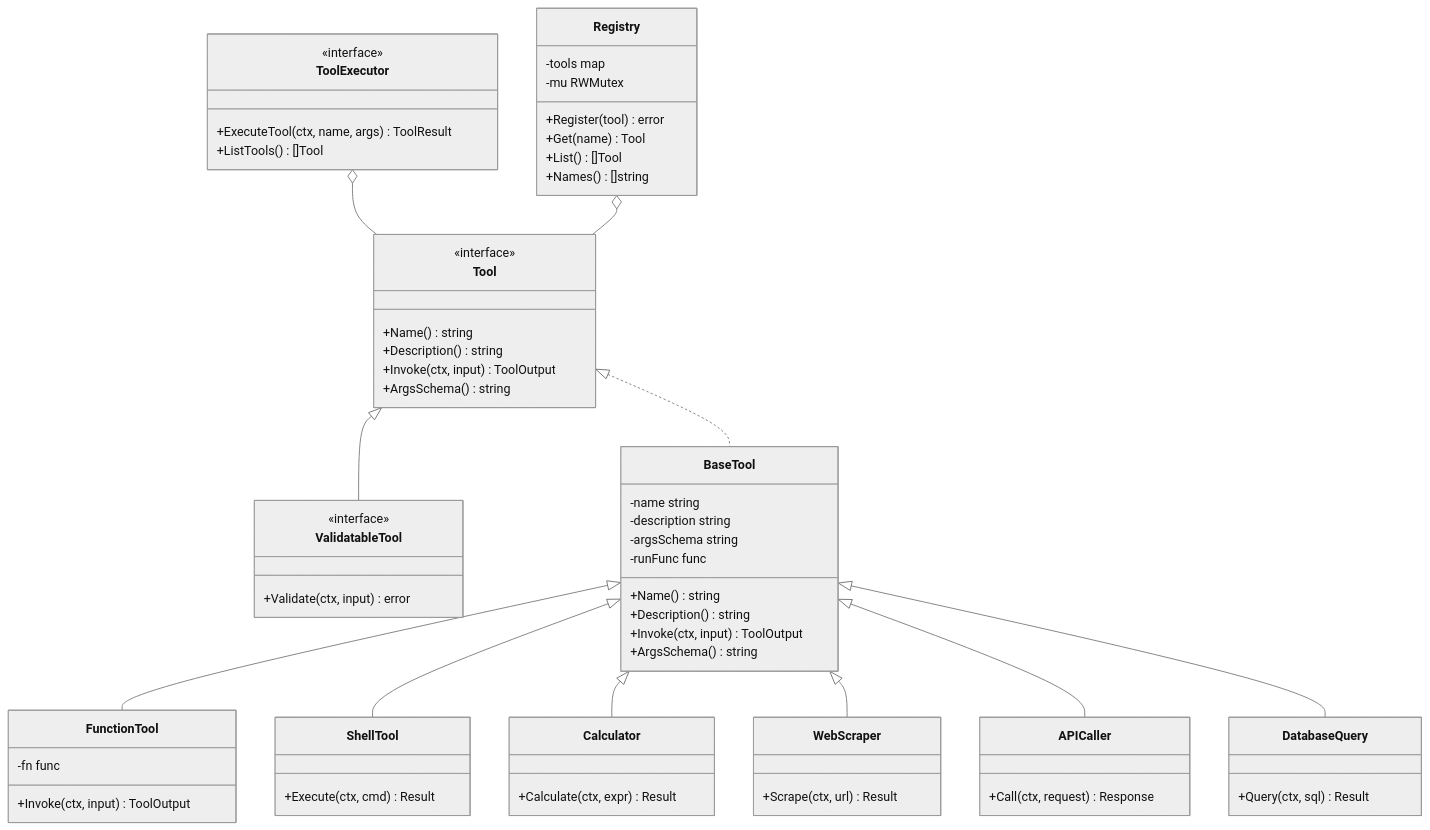
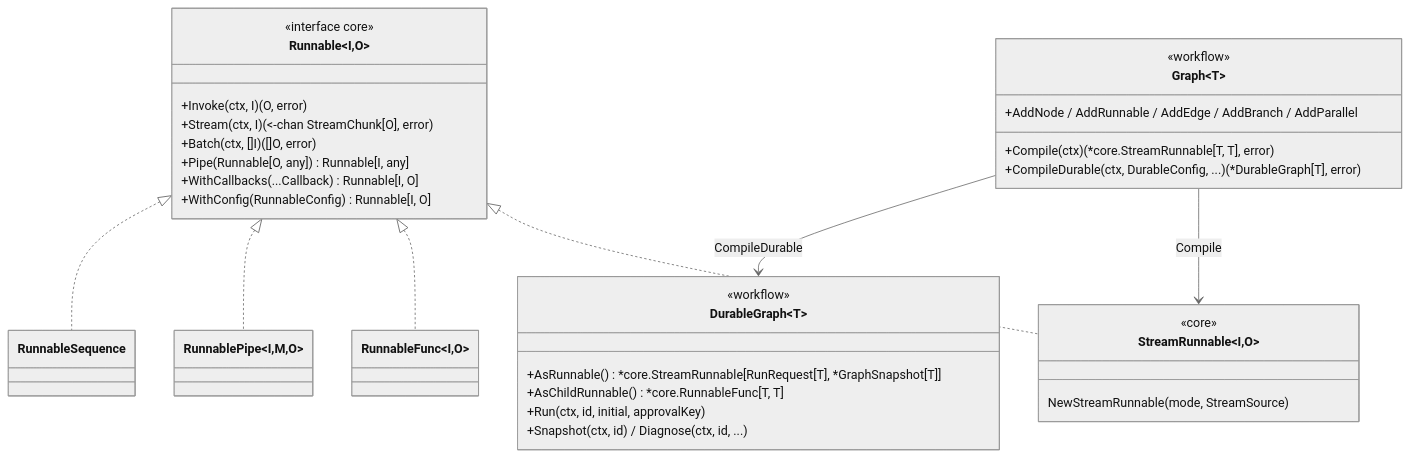
One commit to kart-io/goagent changed the second of 5 diagrams in docs/architecture/COMPONENT_DIAGRAM.md. Above: the diagram before and after it, drawn with Mermaid (neutral theme). The commit also changed other lines of this file and 87 other files, not shown here.

````diff
--- a/docs/architecture/COMPONENT_DIAGRAM.md
+++ b/docs/architecture/COMPONENT_DIAGRAM.md
@@ -256,77 +69,38 @@
 ```mermaid
 classDiagram
-    class Tool {
-        <<interface>>
-        +Name() string
-        +Description() string
-        +Invoke(ctx, input) ToolOutput
-        +ArgsSchema() string
+    class Runnable~I,O~ {
+        <<interface core>>
+        +Invoke(ctx, I) (O, error)
+        +Stream(ctx, I) (<-chan StreamChunk[O], error)
+        +Batch(ctx, []I) ([]O, error)
+        +Pipe(Runnable[O, any]) Runnable[I, any]
+        +WithCallbacks(...Callback) Runnable[I, O]
+        +WithConfig(RunnableConfig) Runnable[I, O]
     }
-
-    class ValidatableTool {
-        <<interface>>
-        +Validate(ctx, input) error
+    class StreamRunnable~I,O~ {
+        <<core>>
+        NewStreamRunnable(mode, StreamSource)
     }
-
-    class ToolExecutor {
-        <<interface>>
-        +ExecuteTool(ctx, name, args) ToolResult
-        +ListTools() []Tool
+    class RunnableFunc~I,O~
+    class RunnablePipe~I,M,O~
+    class RunnableSequence
+    class Graph~T~ {
+        <<workflow>>
+        +AddNode / AddRunnable / AddEdge / AddBranch / AddParallel
+        +Compile(ctx) (*core.StreamRunnable[T, T], error)
+        +CompileDurable(ctx, DurableConfig, ...) (*DurableGraph[T], error)
     }
-
-    class BaseTool {
-        -name string
-        -description string
-        -argsSchema string
-        -runFunc func
-        +Name() string
-        +Description() string
-        +Invoke(ctx, input) ToolOutput
-        +ArgsSchema() string
+    class DurableGraph~T~ {
+        <<workflow>>
+        +AsRunnable() *core.StreamRunnable[RunRequest[T], *GraphSnapshot[T]]
+        +AsChildRunnable() *core.RunnableFunc[T, T]
+        +Run(ctx, id, initial, approvalKey)
+        +Snapshot(ctx, id) / Diagnose(ctx, id, ...)
     }
-
-    class FunctionTool {
-        -fn func
-        +Invoke(ctx, input) ToolOutput
-    }
-
-    class Registry {
-        -tools map
-        -mu RWMutex
-        +Register(tool) error
-        +Get(name) Tool
-        +List() []Tool
-        +Names() []string
-    }
-
-    class ShellTool {
-        +Execute(ctx, cmd) Result
-    }
-
-    class Calculator {
-        +Calculate(ctx, expr) Result
-    }
-
-    class WebScraper {
-        +Scrape(ctx, url) Result
-    }
-
-    class APICaller {
-        +Call(ctx, request) Response
-    }
-
-    class DatabaseQuery {
-        +Query(ctx, sql) Result
-    }
-
-    Tool <|-- ValidatableTool
-    Tool <|.. BaseTool
-    BaseTool <|-- FunctionTool
-    BaseTool <|-- ShellTool
-    BaseTool <|-- Calculator
-    BaseTool <|-- WebScraper
-    BaseTool <|-- APICaller
-    BaseTool <|-- DatabaseQuery
-    ToolExecutor o-- Tool
-    Registry o-- Tool
+    Runnable <|.. StreamRunnable
+    Runnable <|.. RunnableFunc
+    Runnable <|.. RunnablePipe
+    Runnable <|.. RunnableSequence
+    Graph --> StreamRunnable : Compile
+    Graph --> DurableGraph : CompileDurable
 ```
````
